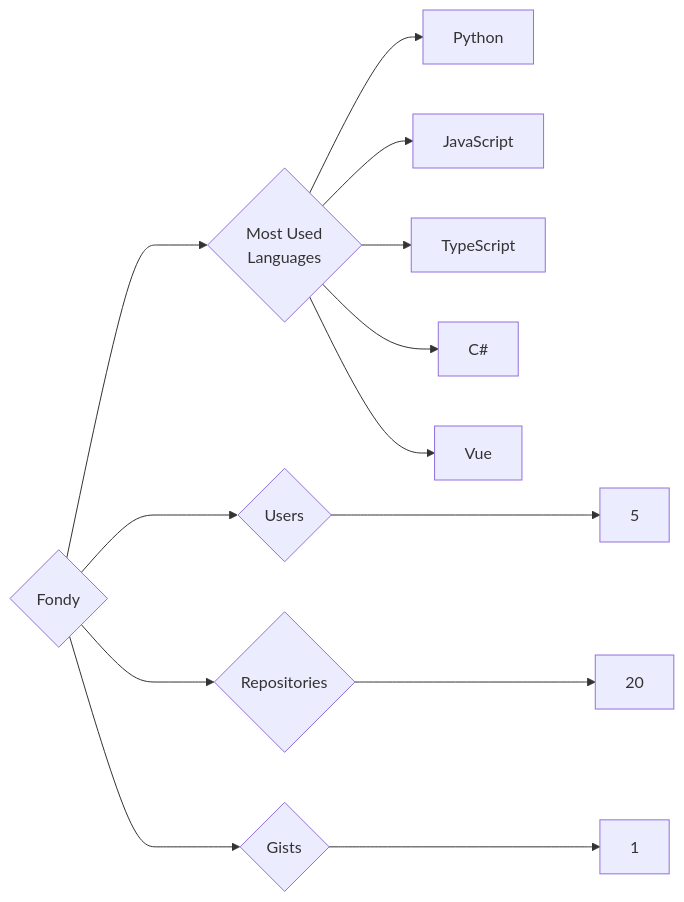
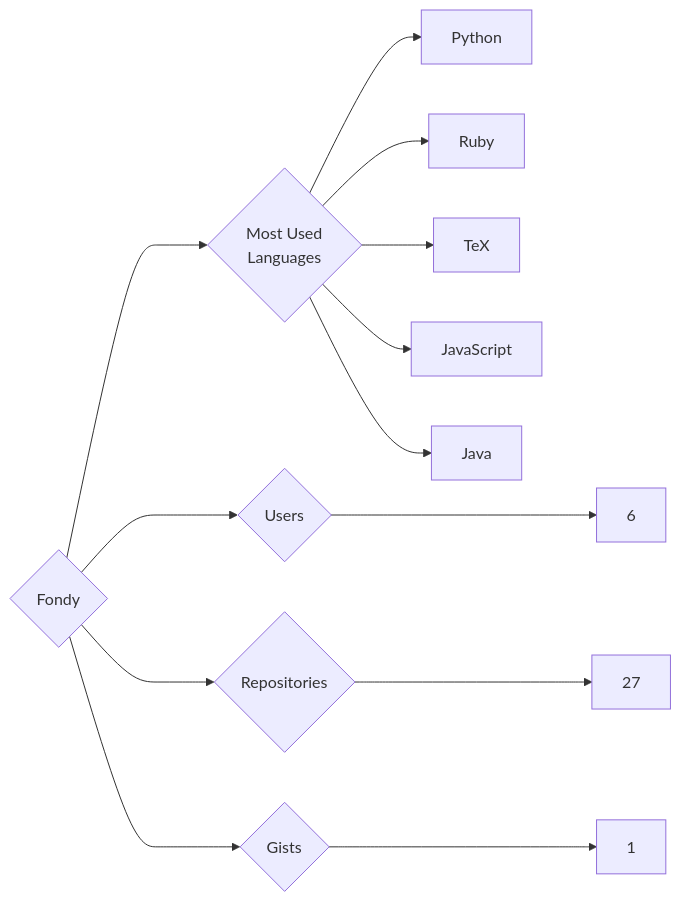
One commit to trickest/insiders changed the diagram in targets/Fondy/README.md. Above: the diagram before and after it, drawn with Mermaid. The commit also changed 1166 other files, not shown here.

````diff
--- a/targets/Fondy/README.md
+++ b/targets/Fondy/README.md
@@ -3,13 +3,13 @@
 ```mermaid
 graph LR
 COMPANY_NAME{Fondy}
-COMPANY_NAME ---> U{Users} ---> UN[5]
-COMPANY_NAME ---> R{Repositories} ---> RN[20]
+COMPANY_NAME ---> U{Users} ---> UN[6]
+COMPANY_NAME ---> R{Repositories} ---> RN[27]
 COMPANY_NAME ---> G{Gists} ---> GN[1]
 COMPANY_NAME ---> ML{Most Used<br>Languages}
 ML --> Python[Python]
+ML --> Ruby[Ruby]
+ML --> TeX[TeX]
 ML --> JavaScript[JavaScript]
-ML --> TypeScript[TypeScript]
-ML --> C#[C#]
-ML --> Vue[Vue]
+ML --> Java[Java]
 ```
````
